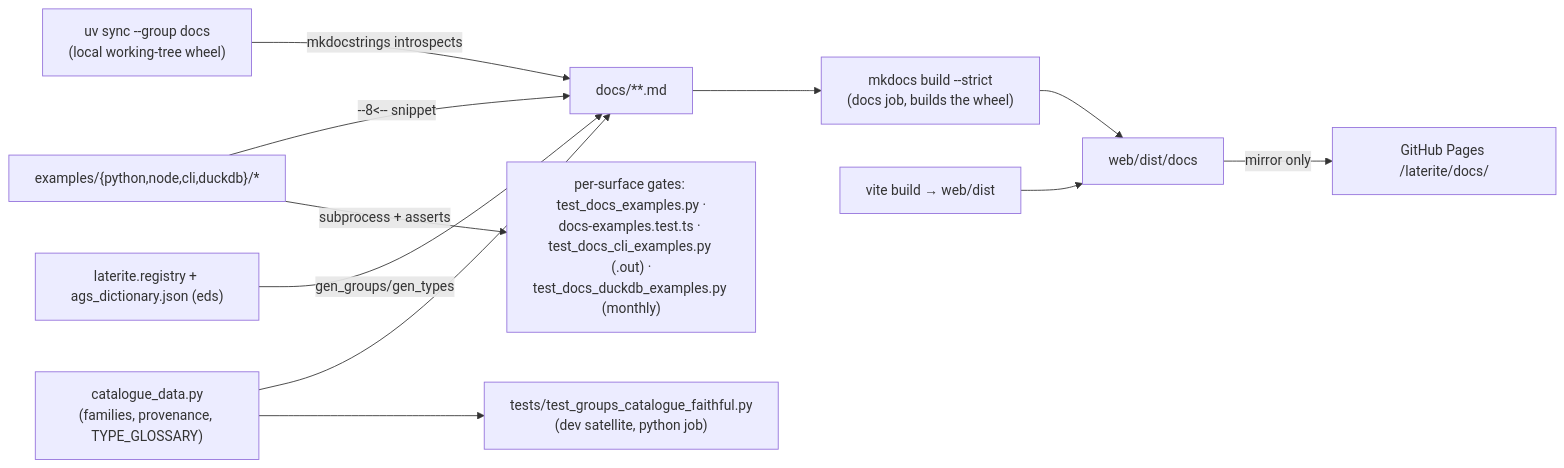
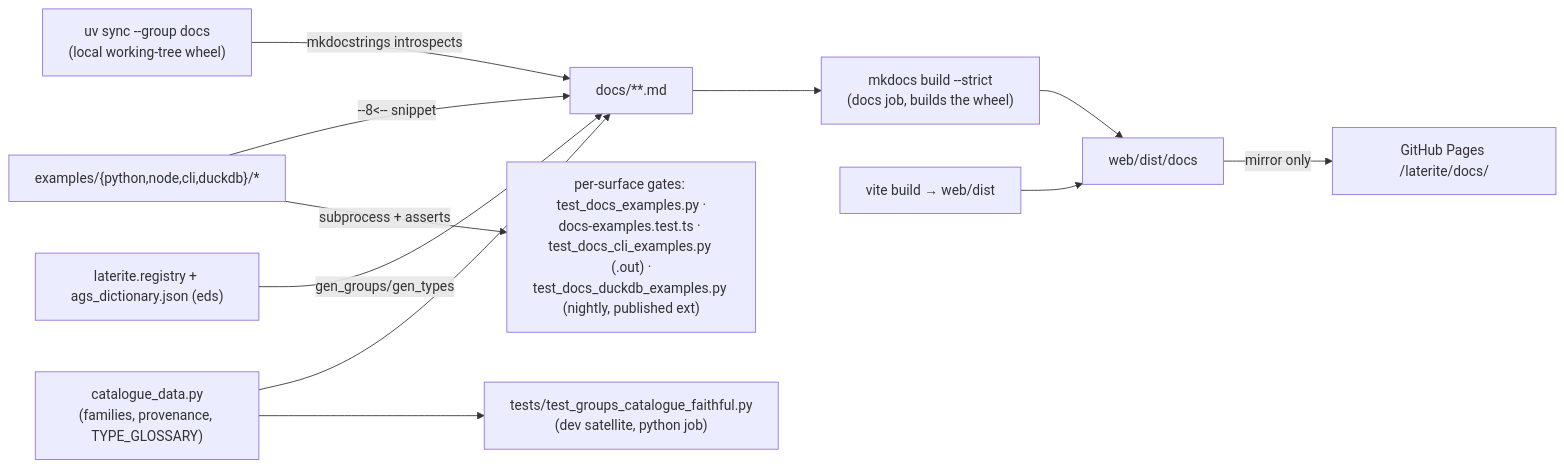
One commit to niko86/laterite changed the diagram in ags-wiki/concepts/docs-site.md. Above: the diagram before and after it, drawn with Mermaid. The commit also changed other lines of this file and 5 other files, not shown here.

````diff
--- a/ags-wiki/concepts/docs-site.md
+++ b/ags-wiki/concepts/docs-site.md
@@ -407,13 +414,13 @@
 ```mermaid
 flowchart LR
   ex["examples/{python,node,cli,duckdb}/*"] -->|--8<-- snippet| page["docs/**.md"]
-  ex -->|subprocess + asserts| gate["per-surface gates: test_docs_examples.py ·<br/>docs-examples.test.ts · test_docs_cli_examples.py (.out) ·<br/>test_docs_duckdb_examples.py (monthly)"]
+  ex -->|subprocess + asserts| gate["per-surface gates: test_docs_examples.py ·<br/>docs-examples.test.ts · test_docs_cli_examples.py (.out) ·<br/>test_docs_duckdb_examples.py (nightly, published ext)"]
   wheel["uv sync --group docs<br/>(local working-tree wheel)"] -->|mkdocstrings introspects| page
   reg["laterite.registry + ags_dictionary.json (eds)"] -->|gen_groups/gen_types| page
   cd["catalogue_data.py<br/>(families, provenance, TYPE_GLOSSARY)"] --> page
   cd --> cgate["tests/test_groups_catalogue_faithful.py<br/>(dev satellite, python job)"]
   page --> strict["mkdocs build --strict<br/>(docs job, builds the wheel)"]
   strict --> art["web/dist/docs"]
   vite["vite build → web/dist"] --> art
   art -->|mirror only| pages["GitHub Pages /laterite/docs/"]
 ```
````
